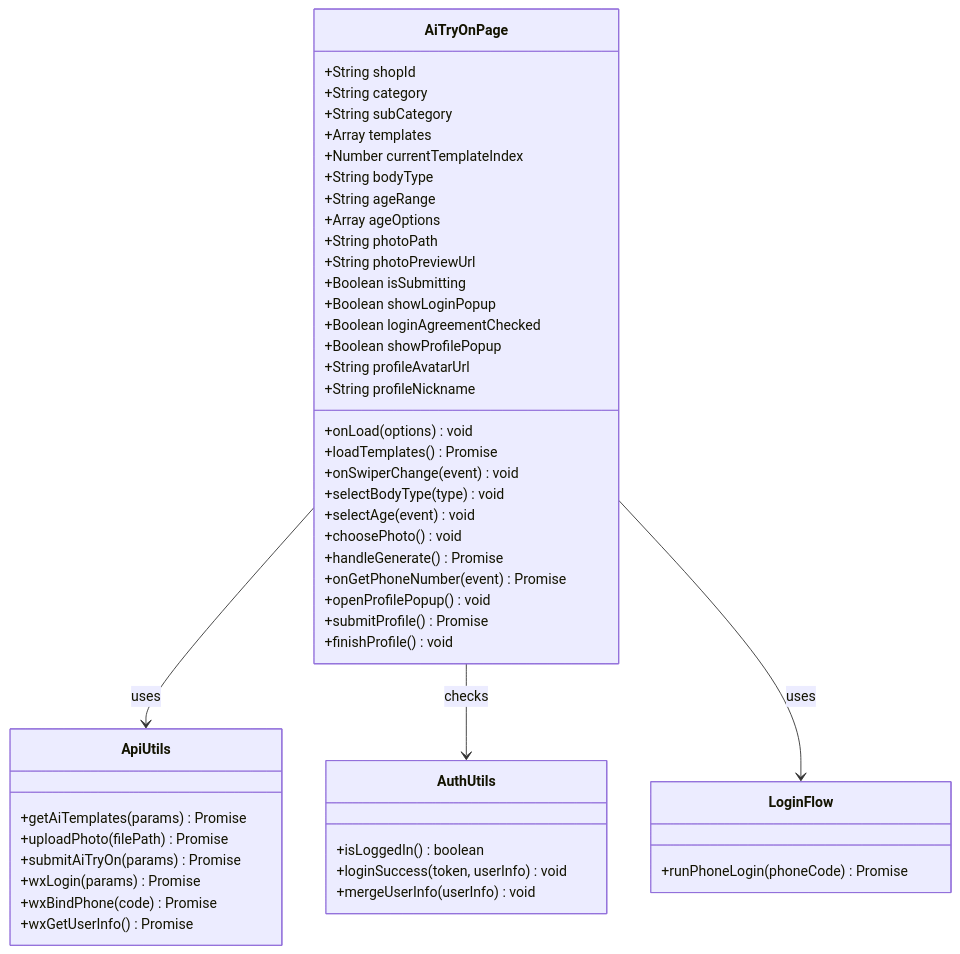
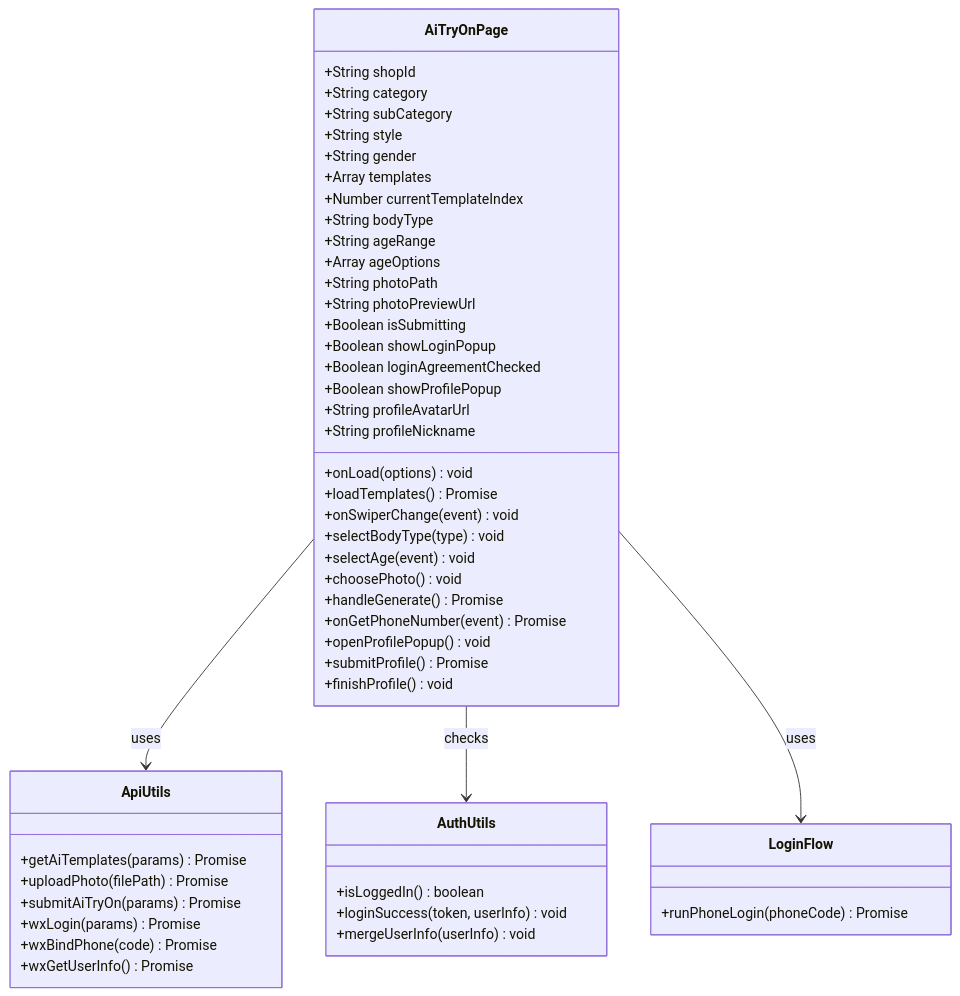
Before and after one commit to crazyma99/blueberry: the third of 22 diagrams in .qoder/repowiki/zh/content/核心功能模块/AI试衣功能.md, drawn with Mermaid. The commit also changed other lines of this file and 6 other files, not shown here.

````diff
--- a/.qoder/repowiki/zh/content/核心功能模块/AI试衣功能.md
+++ b/.qoder/repowiki/zh/content/核心功能模块/AI试衣功能.md
@@ -271,51 +365,53 @@
 ```mermaid
 classDiagram
 class AiTryOnPage {
 +String shopId
 +String category
 +String subCategory
++String style
++String gender
 +Array templates
 +Number currentTemplateIndex
 +String bodyType
 +String ageRange
 +Array ageOptions
 +String photoPath
 +String photoPreviewUrl
 +Boolean isSubmitting
 +Boolean showLoginPopup
 +Boolean loginAgreementChecked
 +Boolean showProfilePopup
 +String profileAvatarUrl
 +String profileNickname
 +onLoad(options) void
 +loadTemplates() Promise
 +onSwiperChange(event) void
 +selectBodyType(type) void
 +selectAge(event) void
 +choosePhoto() void
 +handleGenerate() Promise
 +onGetPhoneNumber(event) Promise
 +openProfilePopup() void
 +submitProfile() Promise
 +finishProfile() void
 }
 class ApiUtils {
 +getAiTemplates(params) Promise
 +uploadPhoto(filePath) Promise
 +submitAiTryOn(params) Promise
 +wxLogin(params) Promise
 +wxBindPhone(code) Promise
 +wxGetUserInfo() Promise
 }
 class AuthUtils {
 +isLoggedIn() boolean
 +loginSuccess(token, userInfo) void
 +mergeUserInfo(userInfo) void
 }
 class LoginFlow {
 +runPhoneLogin(phoneCode) Promise
 }
 AiTryOnPage --> ApiUtils : uses
 AiTryOnPage --> AuthUtils : checks
 AiTryOnPage --> LoginFlow : uses
 ```
````
